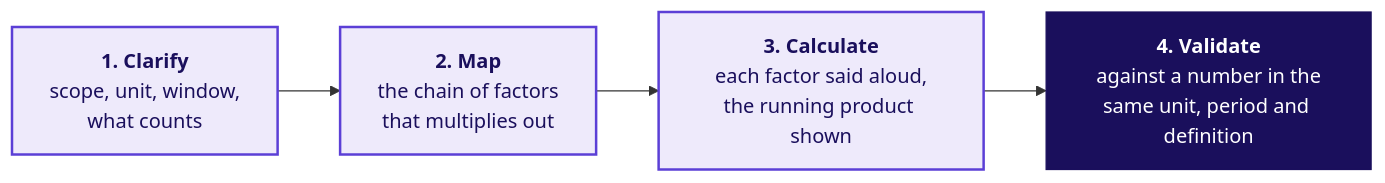
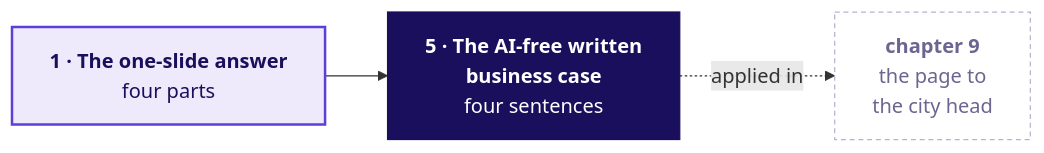
One commit to fde-academy-lab/c2-content-factory changed the fifth of 8 diagrams in content/W04/D2/slides/C2_W04_D02_half2_STUDENT.md. Above: the diagram before and after it, drawn with Mermaid. The commit also changed other lines of this file and 5 other files, not shown here.

````diff
--- a/content/W04/D2/slides/C2_W04_D02_half2_STUDENT.md
+++ b/content/W04/D2/slides/C2_W04_D02_half2_STUDENT.md
@@ -100,12 +354,11 @@
 ```mermaid
 flowchart LR
-    C["<b>1. Clarify</b><br/>scope, unit, window,<br/>what counts"]
-    M["<b>2. Map</b><br/>the chain of factors<br/>that multiplies out"]
-    L["<b>3. Calculate</b><br/>each factor said aloud,<br/>the running product shown"]
-    V["<b>4. Validate</b><br/>against a number in the<br/>same unit, period and definition"]
-    C --> M --> L --> V
+    P["<b>1 · The one-slide answer</b><br/>four parts"] --> N["<b>5 · The AI-free written</b><br/><b>business case</b><br/>four sentences"]
+    N -.->|applied in| C["<b>chapter 9</b><br/>the page to<br/>the city head"]
+    classDef lit fill:#1A0F5C,stroke:#1A0F5C,color:#FFFFFF
     classDef known fill:#EEEAFB,stroke:#5B3FD6,color:#1A0F5C,stroke-width:2px
-    classDef lit fill:#1A0F5C,stroke:#1A0F5C,color:#FFFFFF
-    class C,M,L known
-    class V lit
+    classDef unknown fill:#FFFFFF,stroke:#B8B2D6,color:#6B6690,stroke-dasharray:4 3
+    class P known
+    class N lit
+    class C unknown
 ```
````
